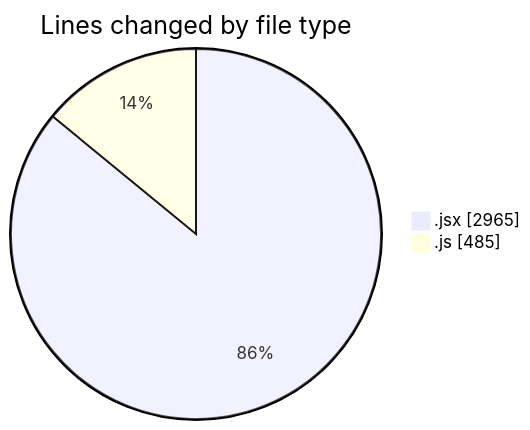
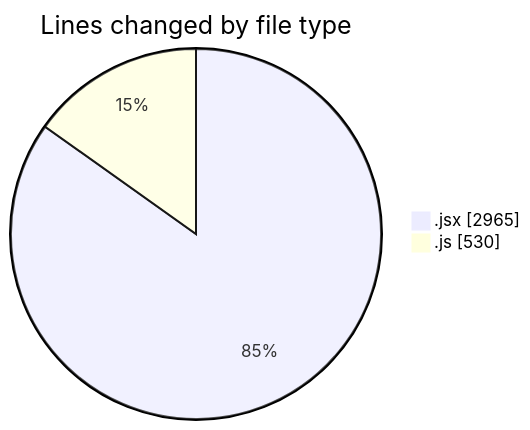
Before and after one commit to nxtqubesakshisongat/code-tracking: the first of 2 diagrams in 2025-05-22/nxtqube_webapp/README.md, drawn with Mermaid. The commit also changed other lines of this file and 1 other file, not shown here.

````diff
--- a/2025-05-22/nxtqube_webapp/README.md
+++ b/2025-05-22/nxtqube_webapp/README.md
@@ -23,6 +24,6 @@
 ```mermaid
 pie showData
 title Lines changed by file type
 ".jsx" : 2965
-".js" : 485
+".js" : 530
 ```
````
